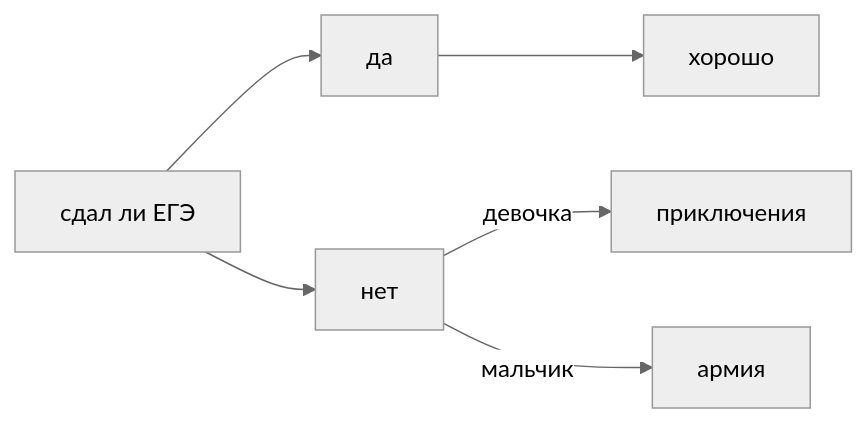
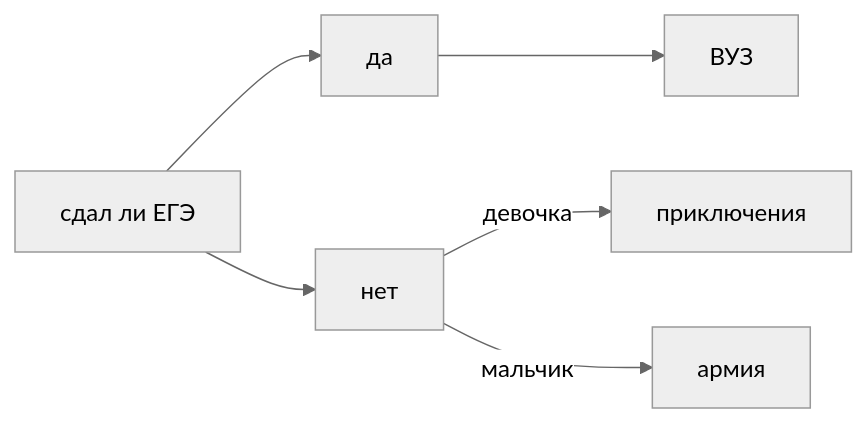
Before and after one commit to taya02/taya02.github.io: the diagram in README.md, drawn with Mermaid (neutral theme).

````diff
--- a/README.md
+++ b/README.md
@@ -29,9 +29,9 @@
 ```mermaid
 flowchart LR
 
 A[сдал ли ЕГЭ] -->B[да]
-B --> C[хорошо]
+B --> C[ВУЗ]
 A --> D[нет]
 D --> |девочка|E[приключения]
 D --> |мальчик|G[армия]
 ```
````
